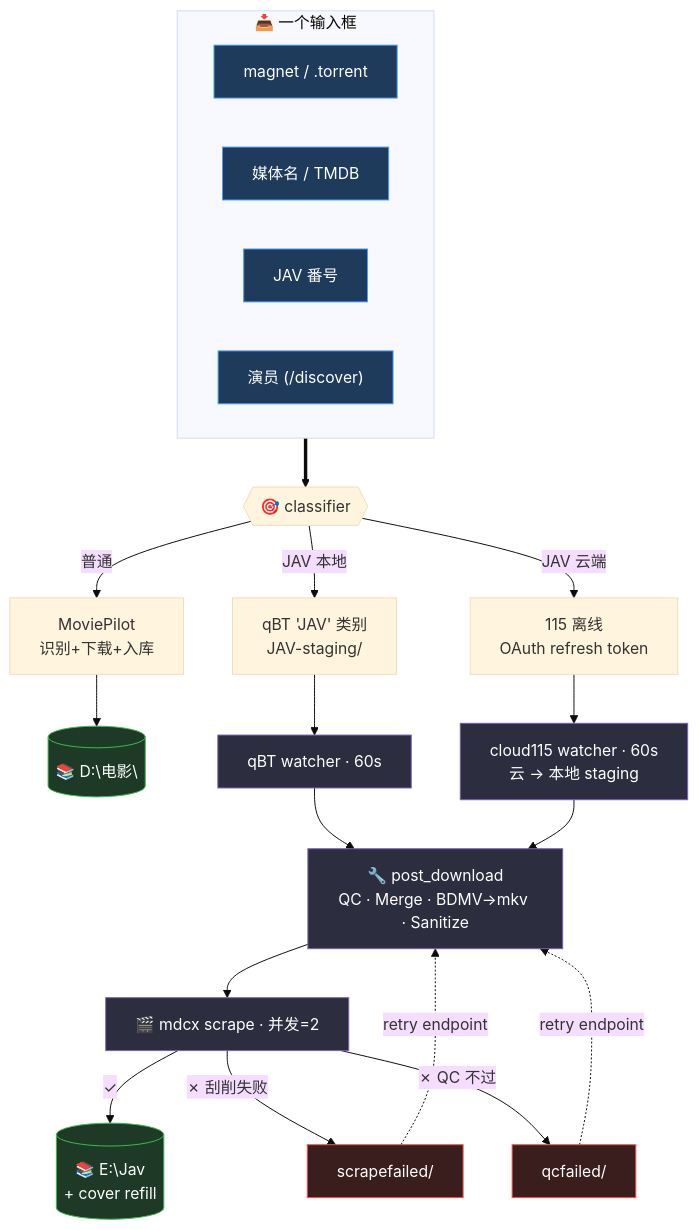
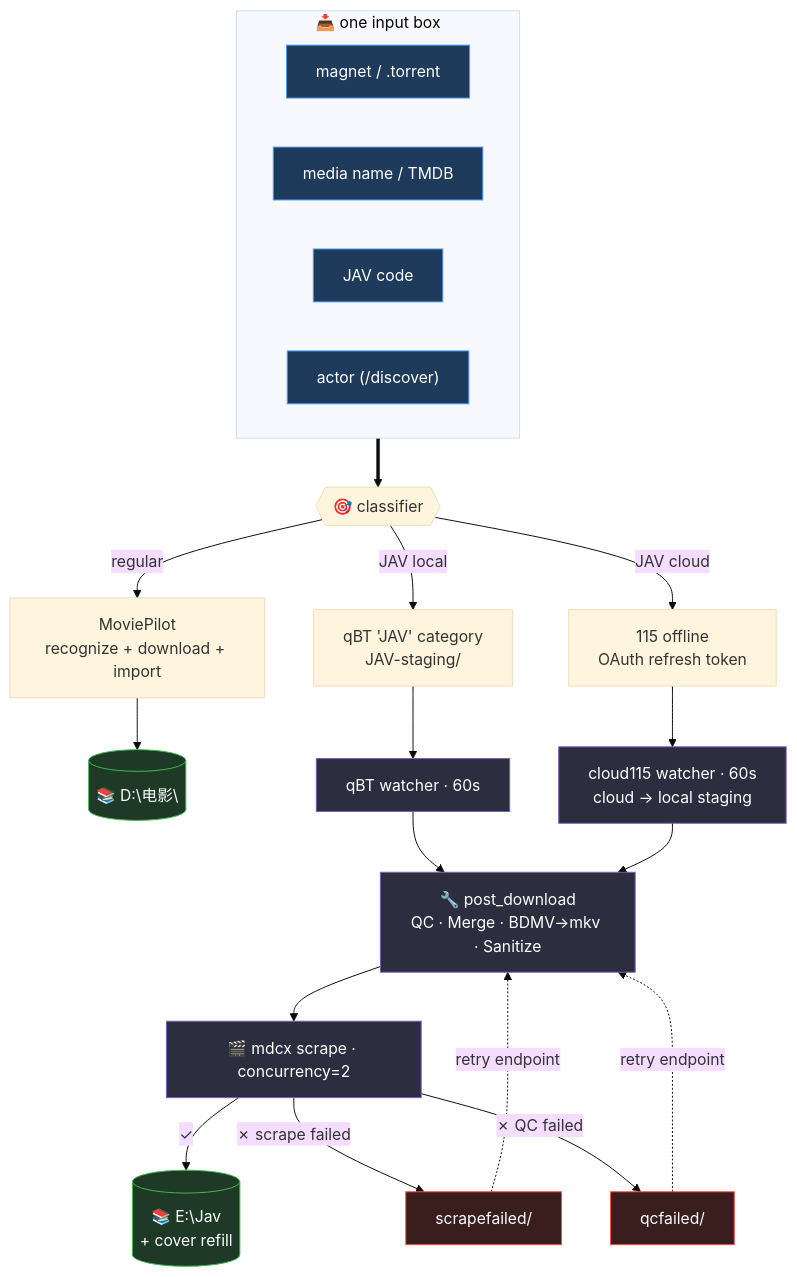
One commit to naughtyGitCat/mp-relay changed the diagram in README.md. Above: the diagram before and after it, drawn with Mermaid (base theme). The commit also changed other lines of this file and 1 other file, not shown here.

````diff
--- a/README.md
+++ b/README.md
@@ -13,38 +16,38 @@
 ```mermaid
 flowchart TD
     classDef input    fill:#1f3b5c,stroke:#4a9eff,color:#fff
     classDef pipe     fill:#2d2d40,stroke:#7c5fb8,color:#fff
     classDef ok       fill:#1e3a26,stroke:#3fb950,color:#fff
     classDef bad      fill:#3a1e1e,stroke:#f85149,color:#fff
 
-    subgraph IN["📥 一个输入框"]
+    subgraph IN["📥 one input box"]
       direction LR
       I1["magnet / .torrent"]:::input
-      I2["媒体名 / TMDB"]:::input
-      I3["JAV 番号"]:::input
-      I4["演员 (/discover)"]:::input
+      I2["media name / TMDB"]:::input
+      I3["JAV code"]:::input
+      I4["actor (/discover)"]:::input
     end
 
     IN ==> CLF{{"🎯 classifier"}}
 
-    CLF -->|普通| MP["MoviePilot<br/>识别+下载+入库"]
-    CLF -->|JAV 本地| QBT["qBT 'JAV' 类别<br/>JAV-staging/"]
-    CLF -->|JAV 云端| C115["115 离线<br/>OAuth refresh token"]
+    CLF -->|regular| MP["MoviePilot<br/>recognize + download + import"]
+    CLF -->|JAV local| QBT["qBT 'JAV' category<br/>JAV-staging/"]
+    CLF -->|JAV cloud| C115["115 offline<br/>OAuth refresh token"]
 
     MP --> LibMP[("📚 D:\电影\")]:::ok
     QBT --> WQ["qBT watcher · 60s"]:::pipe
-    C115 --> WC["cloud115 watcher · 60s<br/>云 → 本地 staging"]:::pipe
+    C115 --> WC["cloud115 watcher · 60s<br/>cloud → local staging"]:::pipe
 
     WQ --> POST
     WC --> POST
 
     POST["🔧 post_download<br/>QC · Merge · BDMV→mkv · Sanitize"]:::pipe
-    POST --> MDCX["🎬 mdcx scrape · 并发=2"]:::pipe
+    POST --> MDCX["🎬 mdcx scrape · concurrency=2"]:::pipe
 
     MDCX -->|✓| LibJav[("📚 E:\Jav<br/>+ cover refill")]:::ok
-    MDCX -->|✗ 刮削失败| F1["scrapefailed/"]:::bad
-    MDCX -->|✗ QC 不过| F2["qcfailed/"]:::bad
+    MDCX -->|✗ scrape failed| F1["scrapefailed/"]:::bad
+    MDCX -->|✗ QC failed| F2["qcfailed/"]:::bad
 
     F1 -.retry endpoint.-> POST
     F2 -.retry endpoint.-> POST
 ```
````
